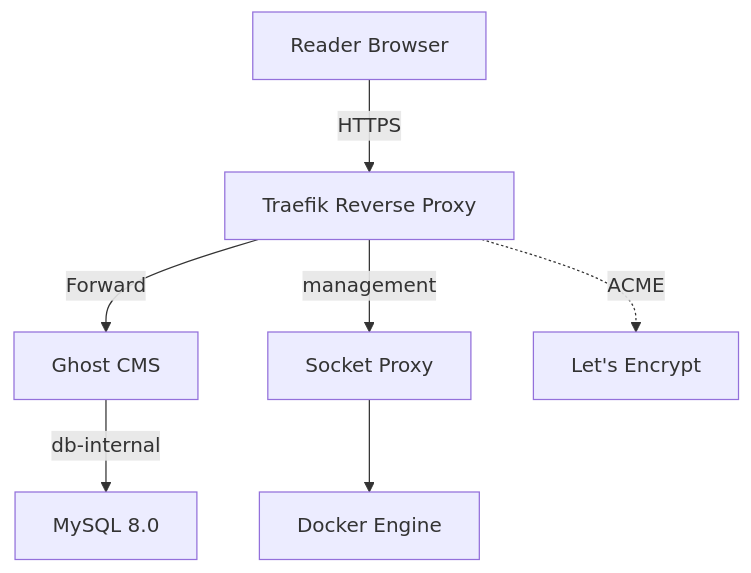
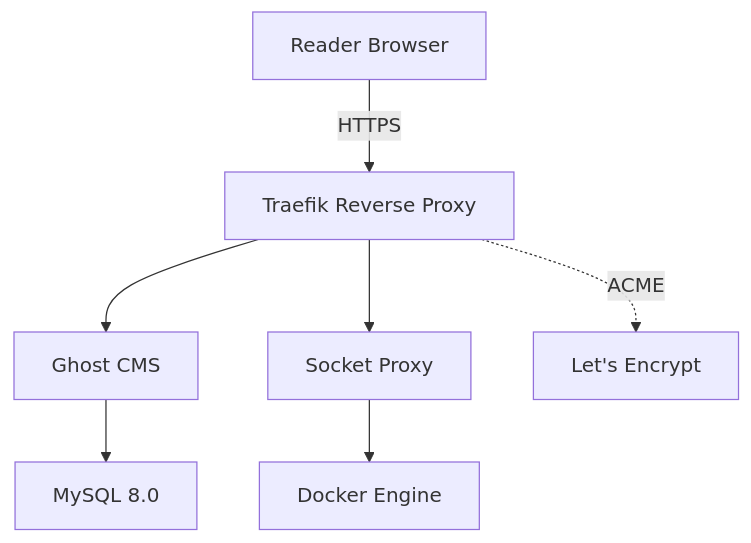
One commit to peermesh/docker-lab-docs changed the first of 5 diagrams in docs/use-cases.md. Above: the diagram before and after it, drawn with Mermaid. The commit also changed other lines of this file and 13 other files, not shown here.

First line of the commit message:
fix: improve diagram legibility and icon rendering

````diff
--- a/docs/use-cases.md
+++ b/docs/use-cases.md
@@ -25,17 +25,17 @@
 ```mermaid
 flowchart TB
     Reader["Reader Browser"]
     Traefik["Traefik Reverse Proxy"]
     Ghost["Ghost CMS"]
     MySQL["MySQL 8.0"]
     SocketProxy["Socket Proxy"]
     Docker["Docker Engine"]
     LetsEncrypt["Let's Encrypt"]
 
     Reader -->|"HTTPS"| Traefik
-    Traefik -->|"Forward"| Ghost
-    Ghost -->|"db-internal"| MySQL
-    Traefik -->|"management"| SocketProxy
+    Traefik --> Ghost
+    Ghost --> MySQL
+    Traefik --> SocketProxy
     SocketProxy --> Docker
     Traefik -.->|"ACME"| LetsEncrypt
 ```
````
